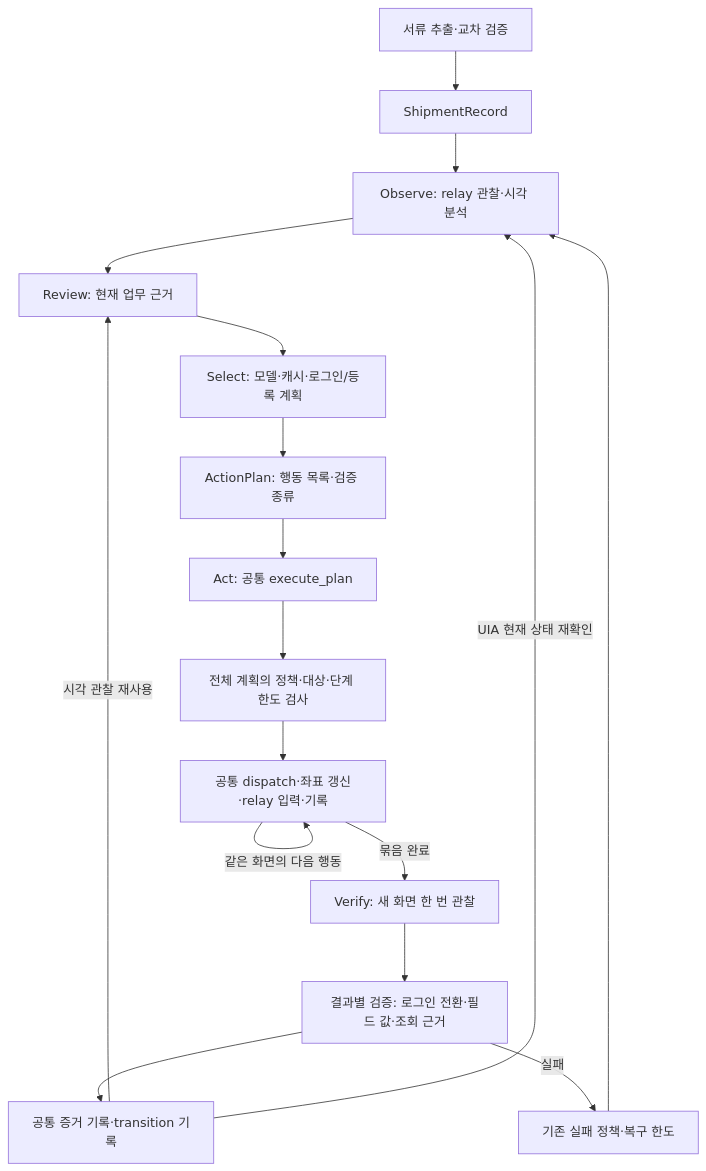
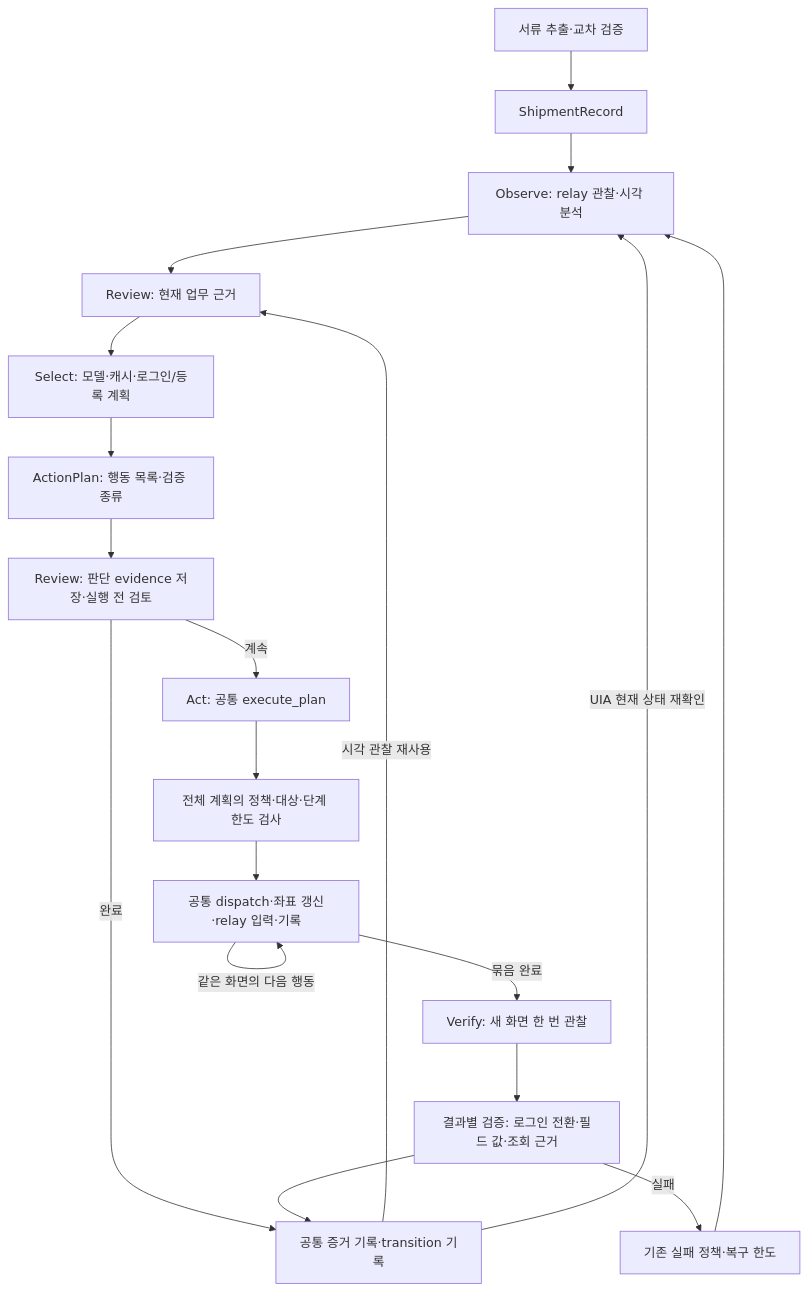
The first of 3 diagrams in docs/architecture-review-20260930.md (Dreamtreeme/agent-sawon), drawn with Mermaid before and after one commit. The commit also changed 14 other files, not shown here.

Commit message:
fix: review evidence before visual execution

````diff
--- a/docs/architecture-review-20260930.md
+++ b/docs/architecture-review-20260930.md
@@ -24,19 +24,21 @@
 ```mermaid
 flowchart TD
     D[서류 추출·교차 검증] --> RECORD[ShipmentRecord]
     RECORD --> O[Observe: relay 관찰·시각 분석]
     O --> R[Review: 현재 업무 근거]
     R --> S[Select: 모델·캐시·로그인/등록 계획]
     S --> P[ActionPlan: 행동 목록·검증 종류]
-    P --> A[Act: 공통 execute_plan]
+    P --> PR[Review: 판단 evidence 저장·실행 전 검토]
+    PR -->|완료| F
+    PR -->|계속| A[Act: 공통 execute_plan]
     A --> G[전체 계획의 정책·대상·단계 한도 검사]
     G --> X[공통 dispatch·좌표 갱신·relay 입력·기록]
     X -->|같은 화면의 다음 행동| X
     X -->|묶음 완료| V[Verify: 새 화면 한 번 관찰]
     V --> K[결과별 검증: 로그인 전환·필드 값·조회 근거]
     K --> F[공통 증거 기록·transition 기록]
     F -->|시각 관찰 재사용| R
     F -->|UIA 현재 상태 재확인| O
     K -->|실패| B[기존 실패 정책·복구 한도]
     B --> O
 ```
````
